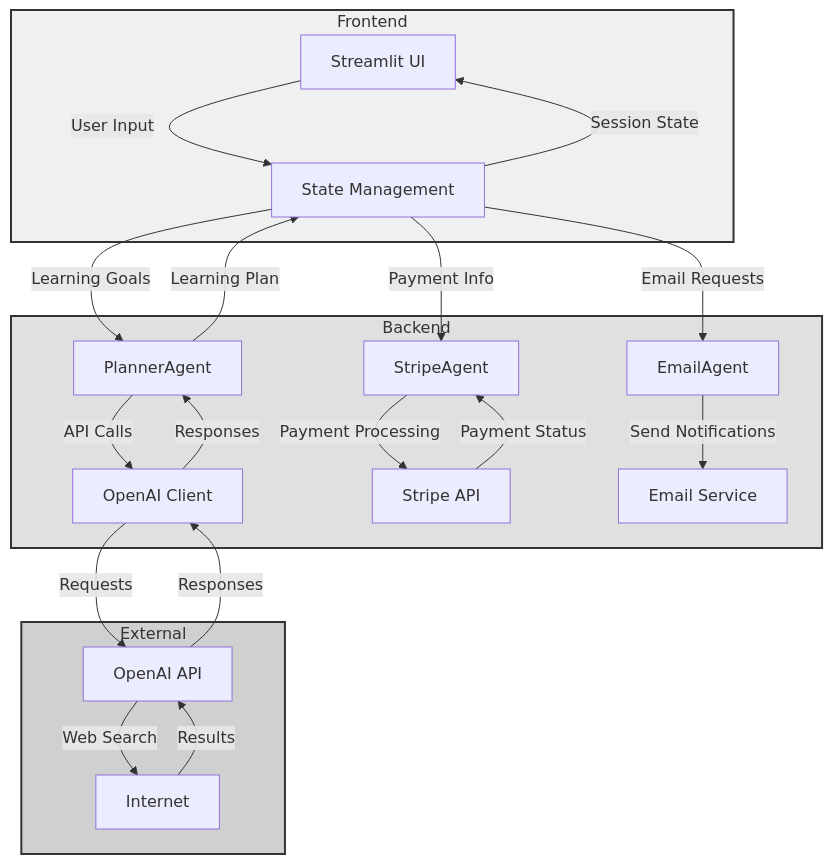
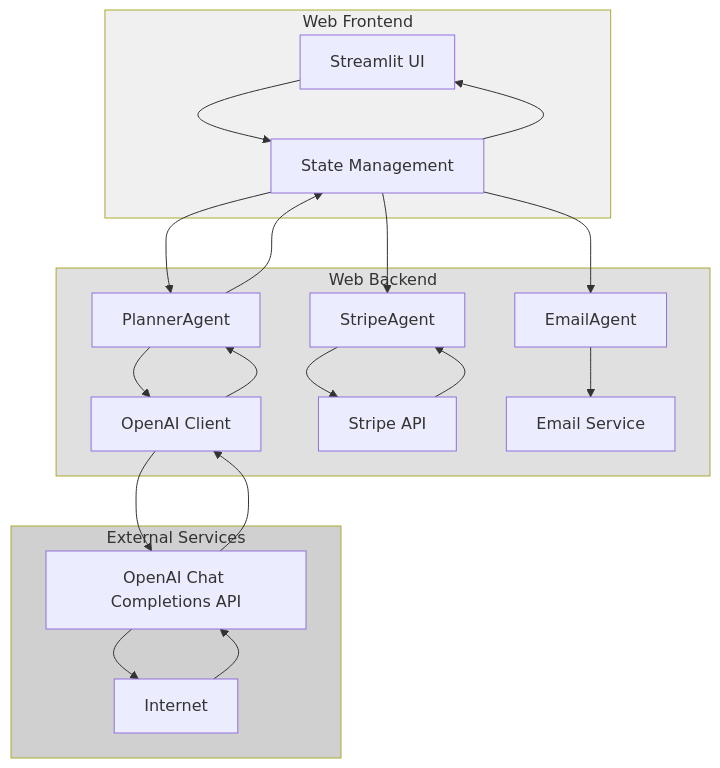
One commit to hansraj316/Projects changed the second of 5 diagrams in CoachAI/docs/README.md. Above: the diagram before and after it, drawn with Mermaid. The commit also changed other lines of this file and 1 other file, not shown here.

````diff
--- a/CoachAI/docs/README.md
+++ b/CoachAI/docs/README.md
@@ -50,31 +85,41 @@
 ```mermaid
 graph TB
-    subgraph Frontend
-        A[Streamlit UI] -->|User Input| B[State Management]
-        B -->|Session State| A
+    subgraph Frontend [Web Frontend]
+        A[Streamlit UI]
+        B[State Management]
     end
     
-    subgraph Backend
-        C[PlannerAgent] -->|API Calls| D[OpenAI Client]
-        D -->|Responses| C
-        S[StripeAgent] -->|Payment Processing| P[Stripe API]
-        P -->|Payment Status| S
-        E[EmailAgent] -->|Send Notifications| M[Email Service]
+    subgraph Backend [Web Backend]
+        C[PlannerAgent]
+        D[OpenAI Client]
+        S[StripeAgent]
+        P[Stripe API]
+        E[EmailAgent]
+        M[Email Service]
     end
     
-    subgraph External
-        X[OpenAI API] -->|Web Search| I[Internet]
-        I -->|Results| X
+    subgraph External [External Services]
+        X[OpenAI Chat Completions API]
+        I[Internet]
     end
     
-    B -->|Learning Goals| C
-    B -->|Payment Info| S
-    B -->|Email Requests| E
-    C -->|Learning Plan| B
-    D -->|Requests| X
-    X -->|Responses| D
+    A --> B
+    B --> A
+    C --> D
+    D --> C
+    S --> P
+    P --> S
+    E --> M
+    X --> I
+    I --> X
+    B --> C
+    B --> S
+    B --> E
+    C --> B
+    D --> X
+    X --> D
 
-    style Frontend fill:#f0f0f0,stroke:#333,stroke-width:2px
-    style Backend fill:#e0e0e0,stroke:#333,stroke-width:2px
-    style External fill:#d0d0d0,stroke:#333,stroke-width:2px
+    style Frontend fill:#f0f0f0
+    style Backend fill:#e0e0e0
+    style External fill:#d0d0d0
 ```
````
